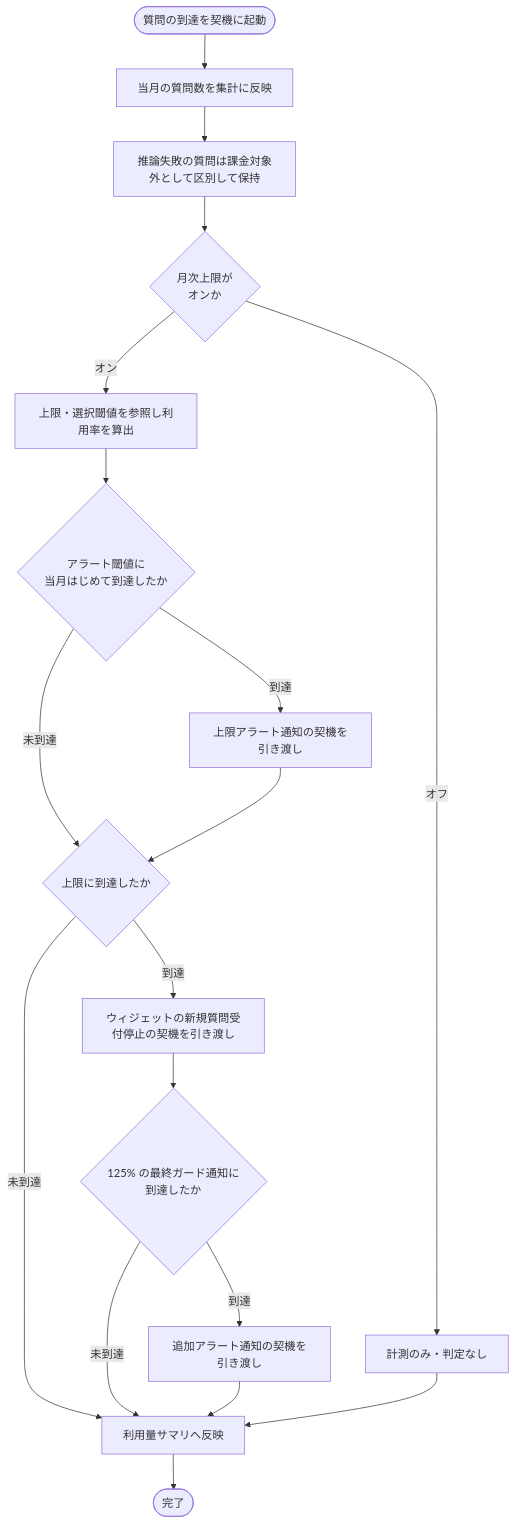
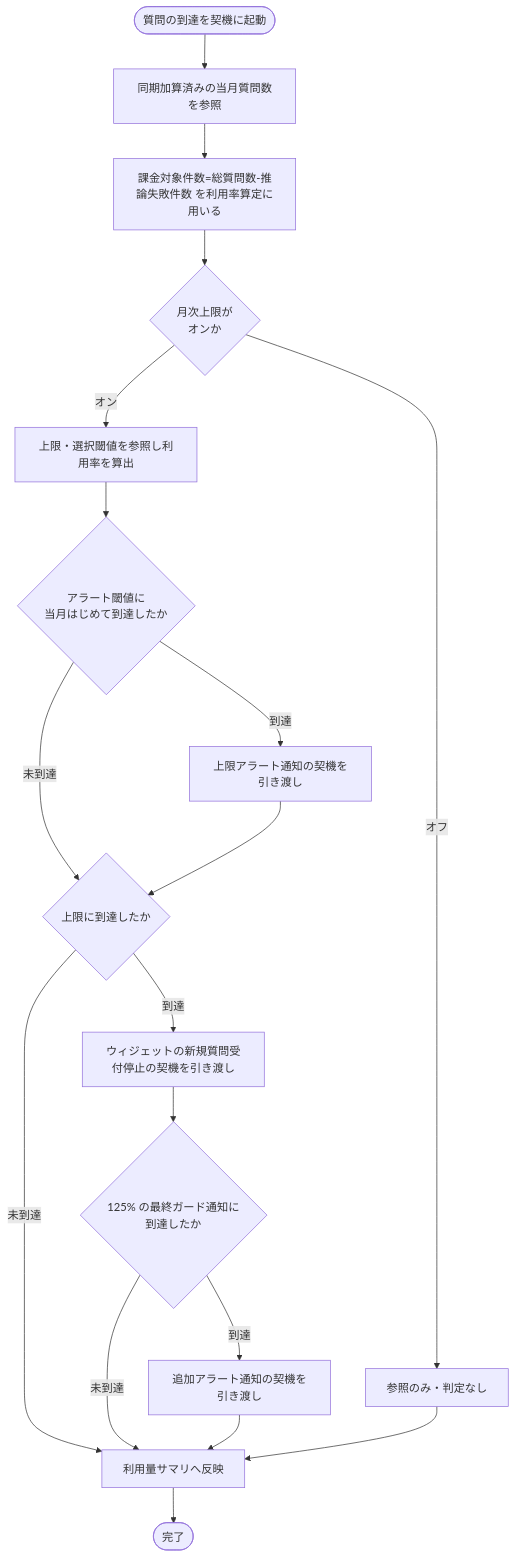
The diagram in 02_basic_design/02_backend/01_system/SYS-016.md (sikakou54/open-faq), drawn with Mermaid before and after one commit. The commit also changed other lines of this file and 29 other files, not shown here.

````diff
--- a/02_basic_design/02_backend/01_system/SYS-016.md
+++ b/02_basic_design/02_backend/01_system/SYS-016.md
@@ -23,20 +23,20 @@
 ```mermaid
 flowchart TB
-  S([質問の到達を契機に起動]) --> A[当月の質問数を集計に反映]
-  A --> B[推論失敗の質問は課金対象外として区別して保持]
+  S([質問の到達を契機に起動]) --> A[同期加算済みの当月質問数を参照]
+  A --> B[課金対象件数=総質問数-推論失敗件数 を利用率算定に用いる]
   B --> C{月次上限が<br/>オンか}
   C -- オン --> D[上限・選択閾値を参照し利用率を算出]
   D --> E{アラート閾値に<br/>当月はじめて到達したか}
   E -- 到達 --> F[上限アラート通知の契機を引き渡し]
   E -- 未到達 --> G{上限に到達したか}
   F --> G
   G -- 到達 --> H[ウィジェットの新規質問受付停止の契機を引き渡し]
   G -- 未到達 --> I[利用量サマリへ反映]
   H --> L{125% の最終ガード通知に<br/>到達したか}
   L -- 到達 --> M[追加アラート通知の契機を引き渡し]
   L -- 未到達 --> I
   M --> I
-  C -- オフ --> J[計測のみ・判定なし]
+  C -- オフ --> J[参照のみ・判定なし]
   J --> I
   I --> K([完了])
 ```
````
